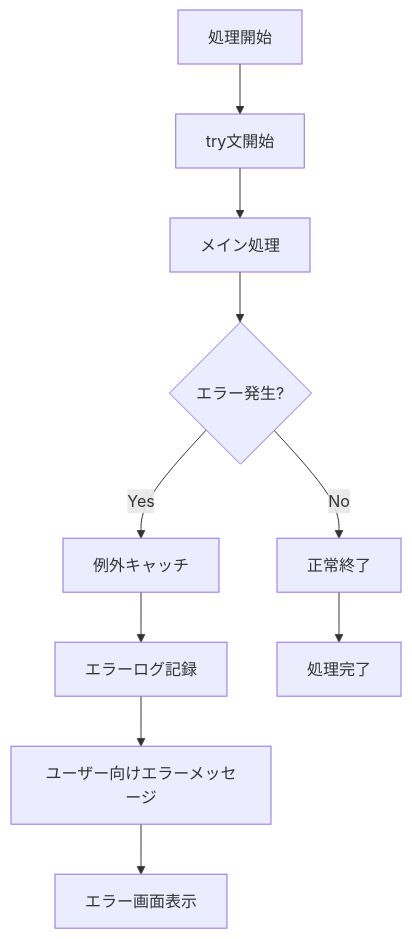
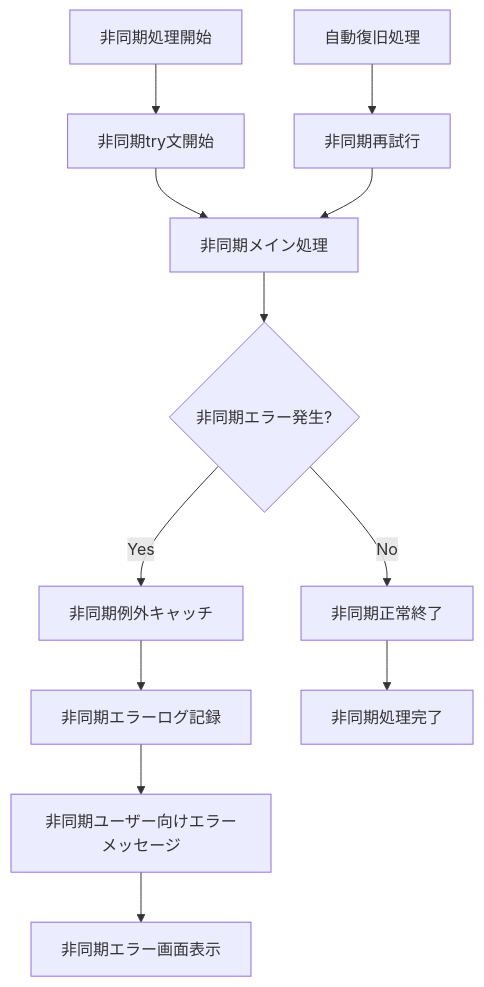
The seventh of 12 diagrams in docs/関数フロー図.md (takashi-oi/qc_ariken_tpkyo), drawn with Mermaid before and after one commit. The commit also changed other lines of this file and 28 other files, not shown here.

````diff
--- a/docs/関数フロー図.md
+++ b/docs/関数フロー図.md
@@ -135,15 +161,18 @@
 ```mermaid
 graph TD
-    A[処理開始] --> B[try文開始]
-    B --> C[メイン処理]
-    C --> D{エラー発生?}
-    
-    D -->|Yes| E[例外キャッチ]
-    D -->|No| F[正常終了]
-    
-    E --> G[エラーログ記録]
-    G --> H[ユーザー向けエラーメッセージ]
-    H --> I[エラー画面表示]
-    
-    F --> J[処理完了]
+    A[非同期処理開始] --> B[非同期try文開始]
+    B --> C[非同期メイン処理]
+    C --> D{非同期エラー発生?}
+
+    D -->|Yes| E[非同期例外キャッチ]
+    D -->|No| F[非同期正常終了]
+
+    E --> G[非同期エラーログ記録]
+    G --> H[非同期ユーザー向けエラーメッセージ]
+    H --> I[非同期エラー画面表示]
+
+    F --> J[非同期処理完了]
+
+    K[自動復旧処理] --> L[非同期再試行]
+    L --> C
 ```
````
